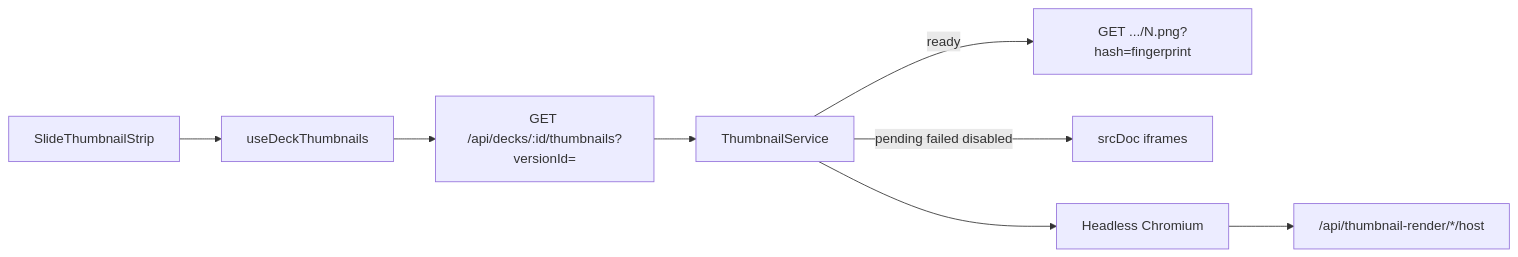
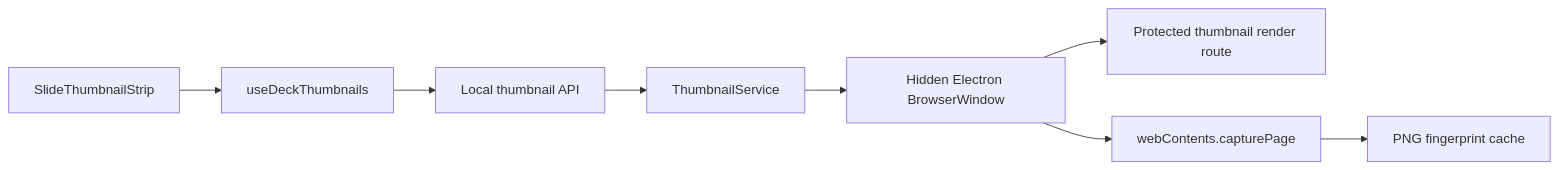
The diagram in docs/thumbnails.md (williamcr01/ark), drawn with Mermaid before and after one commit. The commit also changed other lines of this file and 8 other files, not shown here.

````diff
--- a/docs/thumbnails.md
+++ b/docs/thumbnails.md
@@ -9,10 +7,10 @@
 ```mermaid
 flowchart LR
   UI[SlideThumbnailStrip] --> Hook[useDeckThumbnails]
-  Hook --> Status["GET /api/decks/:id/thumbnails?versionId="]
-  Status --> Svc[ThumbnailService]
-  Svc -->|ready| PNG["GET .../N.png?hash=fingerprint"]
-  Svc -->|pending failed disabled| Fallback[srcDoc iframes]
-  Svc --> Chromium[Headless Chromium]
-  Chromium --> Host["/api/thumbnail-render/*/host"]
+  Hook --> Status[Local thumbnail API]
+  Status --> Service[ThumbnailService]
+  Service --> Window[Hidden Electron BrowserWindow]
+  Window --> Render[Protected thumbnail render route]
+  Window --> Capture[webContents.capturePage]
+  Capture --> Cache[PNG fingerprint cache]
 ```
````
